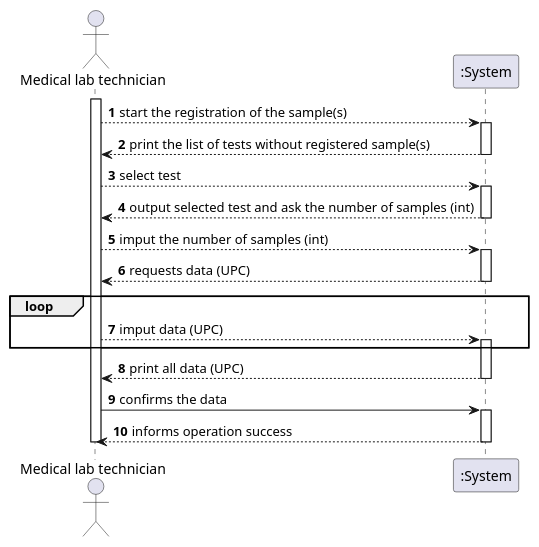
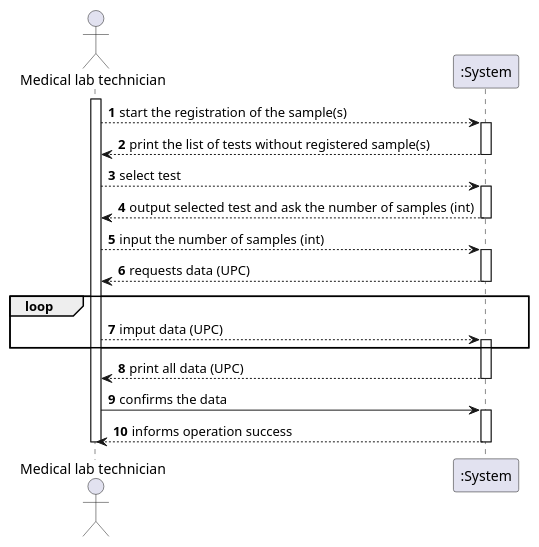
Before and after one commit to GuilhermeCunha79/lapr2: the diagram in docs/SprintC/US5/UC5_SSD.puml, drawn with PlantUML. The commit also changed 19 other files, not shown here.

Commit message:
[US14] Finalization of all diagrams for US14 [Code Smells] Improved code by removing some code smells found by sonarQube

```diff
--- a/docs/SprintC/US5/UC5_SSD.puml
+++ b/docs/SprintC/US5/UC5_SSD.puml
@@ -1,32 +1,32 @@
 @startuml
 'https://plantuml.com/sequence-diagram
 
 autonumber
 actor "Medical lab technician" as Mlt
 
 activate Mlt
 Mlt--> ":System" : start the registration of the sample(s)
 activate ":System"
 ":System"--> Mlt : print the list of tests without registered sample(s)
 deactivate ":System"
 Mlt --> ":System" : select test
 activate ":System"
 ":System"--> Mlt : output selected test and ask the number of samples (int)
 deactivate ":System"
-Mlt --> ":System" : imput the number of samples (int)
+Mlt --> ":System" : input the number of samples (int)
 activate ":System"
 ":System" --> Mlt : requests data (UPC)
 loop
 deactivate ":System"
 Mlt --> ":System" : imput data (UPC)
 activate ":System"
 end
 ":System" --> Mlt : print all data (UPC)
 deactivate ":System"
 Mlt -> ":System" : confirms the data
 activate ":System"
 ":System" --> Mlt : informs operation success
 deactivate ":System"
 
 deactivate Mlt
 @enduml
```
